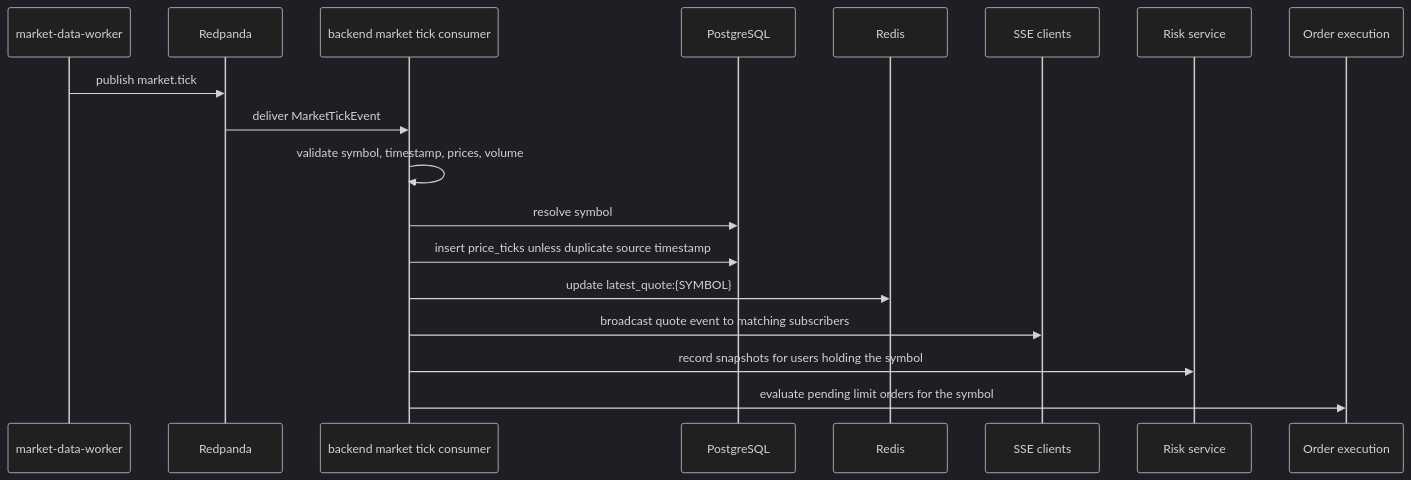
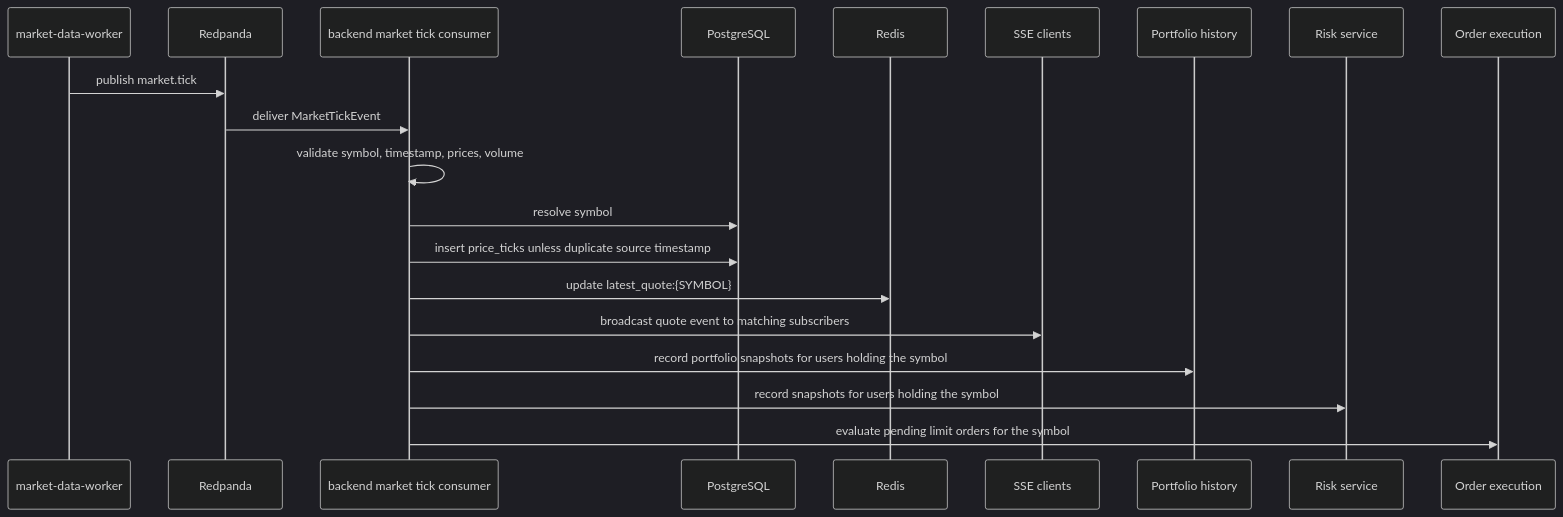
Before and after one commit to rehani1/LedgerStream: the second of 4 diagrams in docs/architecture.md, drawn with Mermaid (dark theme). The commit also changed other lines of this file and 22 other files, not shown here.

Commit message:
Add portfolio history

````diff
--- a/docs/architecture.md
+++ b/docs/architecture.md
@@ -39,21 +39,23 @@
 ```mermaid
 sequenceDiagram
   participant Worker as market-data-worker
   participant Stream as Redpanda
   participant Backend as backend market tick consumer
   participant DB as PostgreSQL
   participant Cache as Redis
   participant SSE as SSE clients
+  participant Portfolio as Portfolio history
   participant Risk as Risk service
   participant Orders as Order execution
 
   Worker->>Stream: publish market.tick
   Stream->>Backend: deliver MarketTickEvent
   Backend->>Backend: validate symbol, timestamp, prices, volume
   Backend->>DB: resolve symbol
   Backend->>DB: insert price_ticks unless duplicate source timestamp
   Backend->>Cache: update latest_quote:{SYMBOL}
   Backend->>SSE: broadcast quote event to matching subscribers
+  Backend->>Portfolio: record portfolio snapshots for users holding the symbol
   Backend->>Risk: record snapshots for users holding the symbol
   Backend->>Orders: evaluate pending limit orders for the symbol
 ```
````
